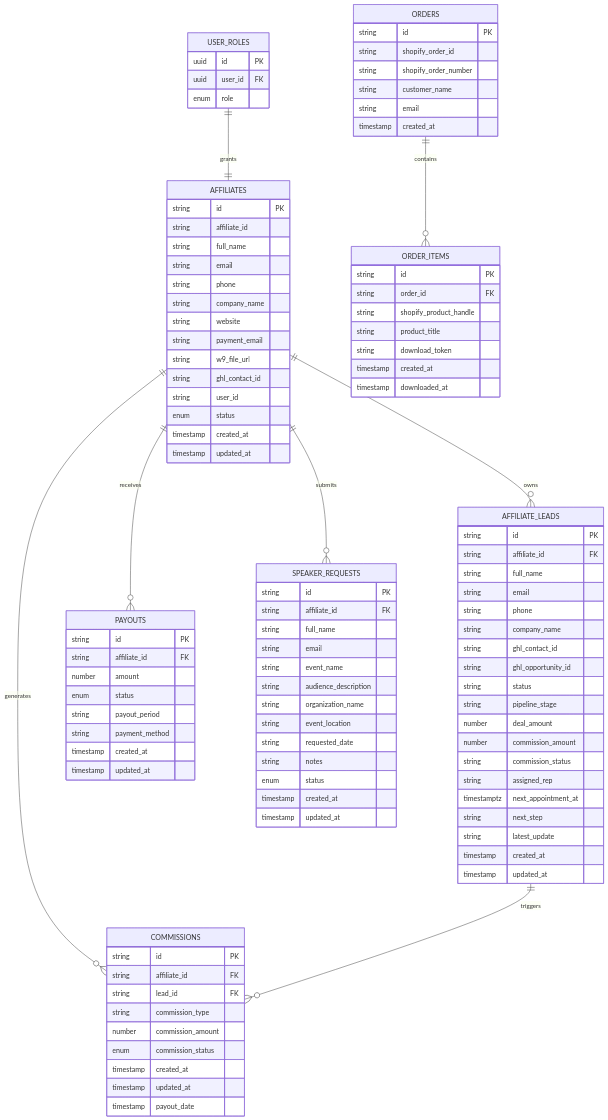
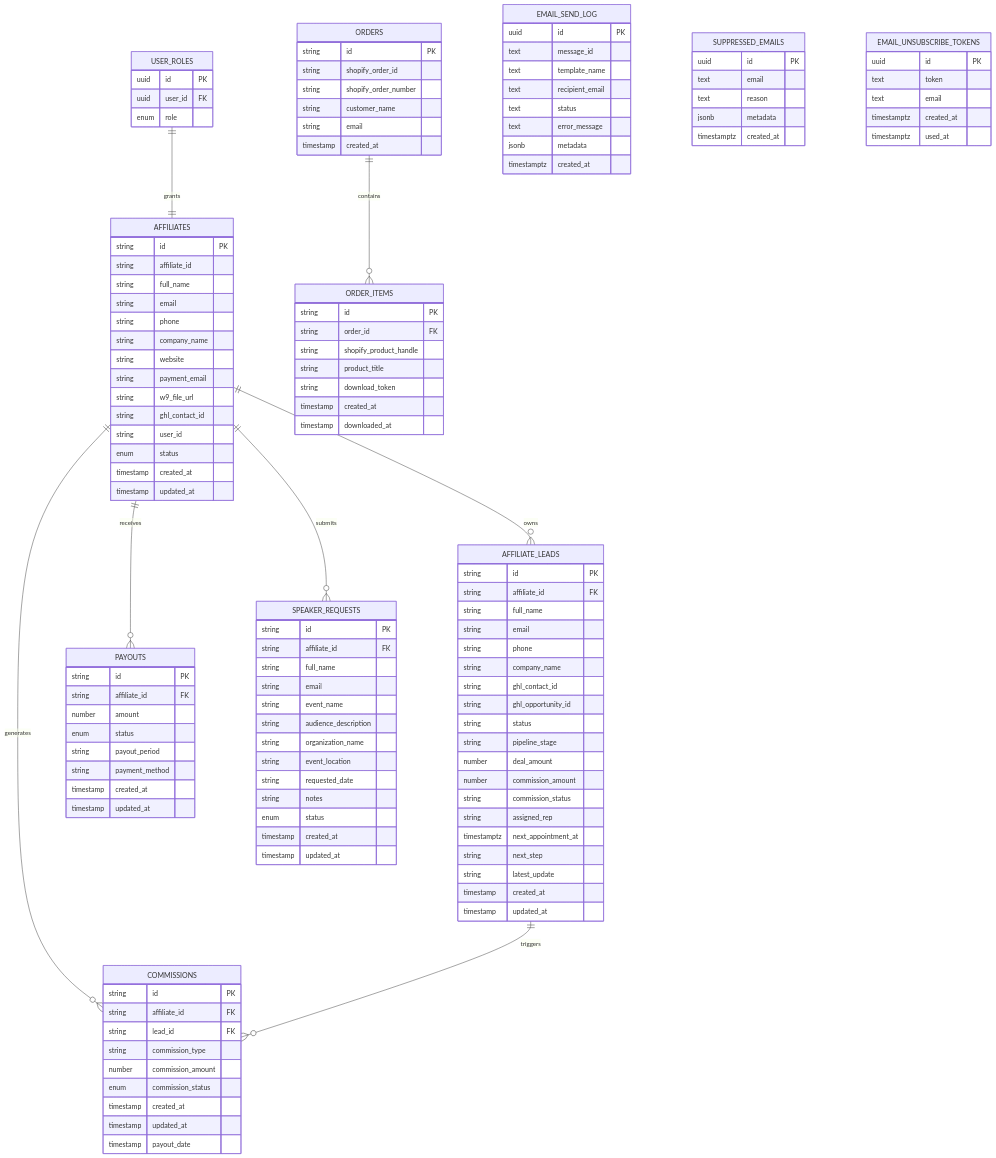
The sixth of 12 diagrams in .qoder/repowiki/en/content/Data Layer & Supabase Integration.md (Hawky1/ryland), drawn with Mermaid before and after one commit. The commit also changed other lines of this file and 26 other files, not shown here.

```diff
--- a/.qoder/repowiki/en/content/Data Layer & Supabase Integration.md
+++ b/.qoder/repowiki/en/content/Data Layer & Supabase Integration.md
@@ -421,6 +492,30 @@
 timestamp created_at
 timestamp downloaded_at
 }
+EMAIL_SEND_LOG {
+uuid id PK
+text message_id
+text template_name
+text recipient_email
+text status
+text error_message
+jsonb metadata
+timestamptz created_at
+}
+SUPPRESSED_EMAILS {
+uuid id PK
+text email
+text reason
+jsonb metadata
+timestamptz created_at
+}
+EMAIL_UNSUBSCRIBE_TOKENS {
+uuid id PK
+text token
+text email
+timestamptz created_at
+timestamptz used_at
+}
 AFFILIATES ||--o{ AFFILIATE_LEADS : "owns"
 AFFILIATES ||--o{ COMMISSIONS : "generates"
 AFFILIATE_LEADS ||--o{ COMMISSIONS : "triggers"
```
